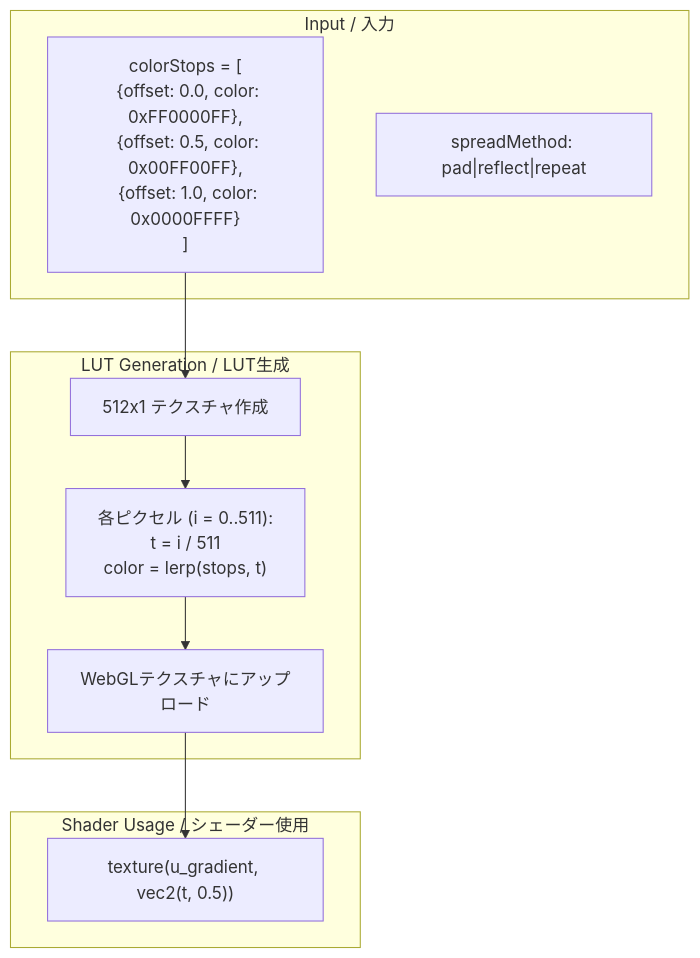
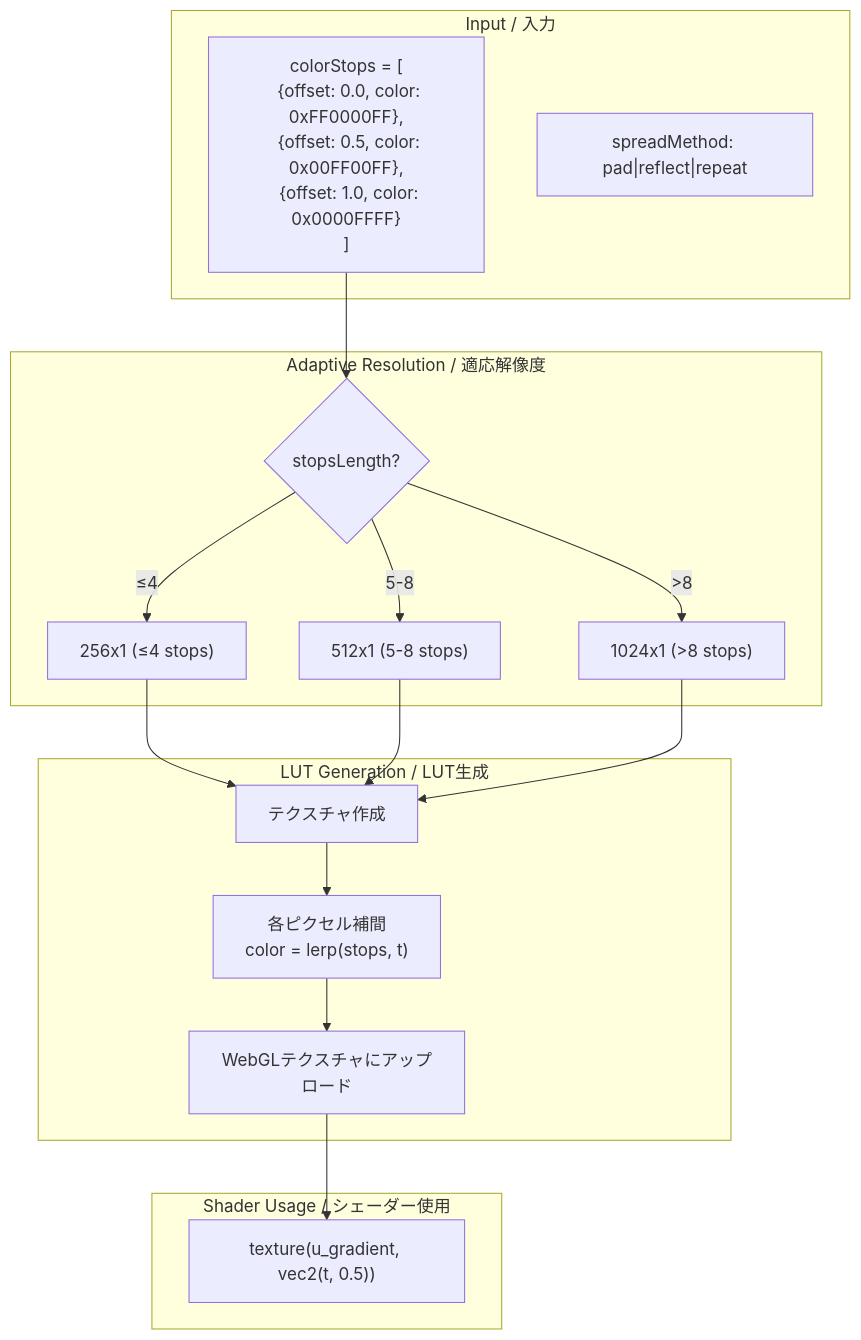
One commit to Next2D/player changed diagram 13 of 37 in packages/webgl/RENDERING_FLOW.md. Above: the diagram before and after it, drawn with Mermaid. The commit also changed other lines of this file, not shown here.

````diff
--- a/packages/webgl/RENDERING_FLOW.md
+++ b/packages/webgl/RENDERING_FLOW.md
@@ -601,24 +675,35 @@
 ```mermaid
 flowchart TB
     subgraph "Input / 入力"
         STOPS["colorStops = [<br/>  {offset: 0.0, color: 0xFF0000FF},<br/>  {offset: 0.5, color: 0x00FF00FF},<br/>  {offset: 1.0, color: 0x0000FFFF}<br/>]"]
         SPREAD["spreadMethod: pad|reflect|repeat"]
     end
 
+    subgraph "Adaptive Resolution / 適応解像度"
+        CHECK_STOPS{stopsLength?}
+        RES_256["256x1 (≤4 stops)"]
+        RES_512["512x1 (5-8 stops)"]
+        RES_1024["1024x1 (>8 stops)"]
+    end
+
     subgraph "LUT Generation / LUT生成"
-        CREATE_TEX["512x1 テクスチャ作成"]
-
-        INTERPOLATE["各ピクセル (i = 0..511):<br/>t = i / 511<br/>color = lerp(stops, t)"]
-
+        CREATE_TEX["テクスチャ作成"]
+        INTERPOLATE["各ピクセル補間<br/>color = lerp(stops, t)"]
         UPLOAD["WebGLテクスチャにアップロード"]
     end
 
     subgraph "Shader Usage / シェーダー使用"
         SAMPLE["texture(u_gradient, vec2(t, 0.5))"]
     end
 
-    STOPS --> CREATE_TEX
+    STOPS --> CHECK_STOPS
+    CHECK_STOPS -->|≤4| RES_256
+    CHECK_STOPS -->|5-8| RES_512
+    CHECK_STOPS -->|>8| RES_1024
+    RES_256 --> CREATE_TEX
+    RES_512 --> CREATE_TEX
+    RES_1024 --> CREATE_TEX
     CREATE_TEX --> INTERPOLATE
     INTERPOLATE --> UPLOAD
     UPLOAD --> SAMPLE
 ```
````
